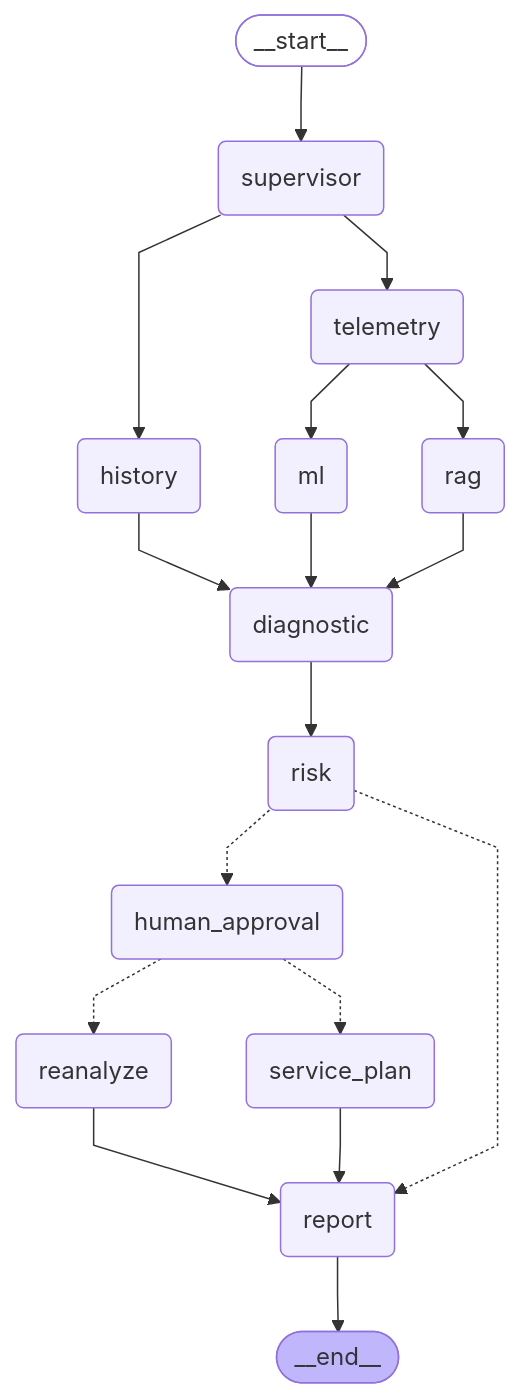
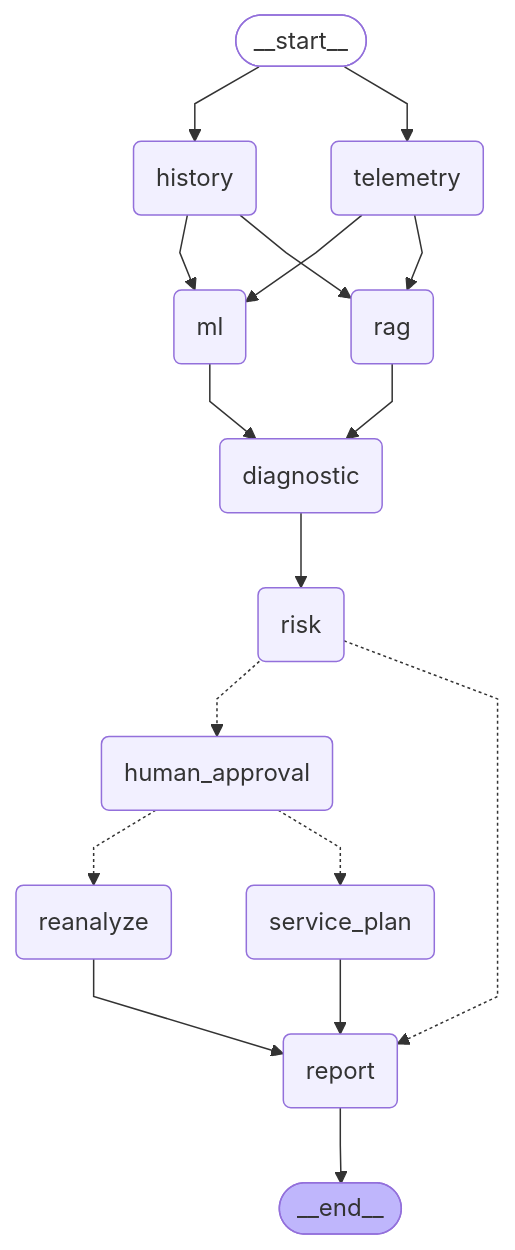
One commit to satrishabh/capstone changed the diagram in src/langgraph_workflow.mmd. Above: the diagram before and after it, drawn with Mermaid. The commit also changed 4 other files, not shown here.

Commit message:
flow changed and added a python tool

```diff
--- a/src/langgraph_workflow.mmd
+++ b/src/langgraph_workflow.mmd
@@ -1,38 +1,37 @@
 ---
 config:
   flowchart:
     curve: linear
 ---
 graph TD;
 	__start__([<p>__start__</p>]):::first
-	supervisor(supervisor)
 	telemetry(telemetry)
 	history(history)
 	rag(rag)
 	ml(ml)
 	diagnostic(diagnostic)
 	risk(risk)
 	human_approval(human_approval)
 	reanalyze(reanalyze)
 	service_plan(service_plan)
 	report(report)
 	__end__([<p>__end__</p>]):::last
-	__start__ --> supervisor;
+	__start__ --> history;
+	__start__ --> telemetry;
 	diagnostic --> risk;
-	history --> diagnostic;
+	history --> ml;
+	history --> rag;
 	human_approval -.-> reanalyze;
 	human_approval -.-> service_plan;
 	ml --> diagnostic;
 	rag --> diagnostic;
 	reanalyze --> report;
 	risk -.-> human_approval;
 	risk -.-> report;
 	service_plan --> report;
-	supervisor --> history;
-	supervisor --> telemetry;
 	telemetry --> ml;
 	telemetry --> rag;
 	report --> __end__;
 	classDef default fill:#f2f0ff,line-height:1.2
 	classDef first fill-opacity:0
 	classDef last fill:#bfb6fc
```
